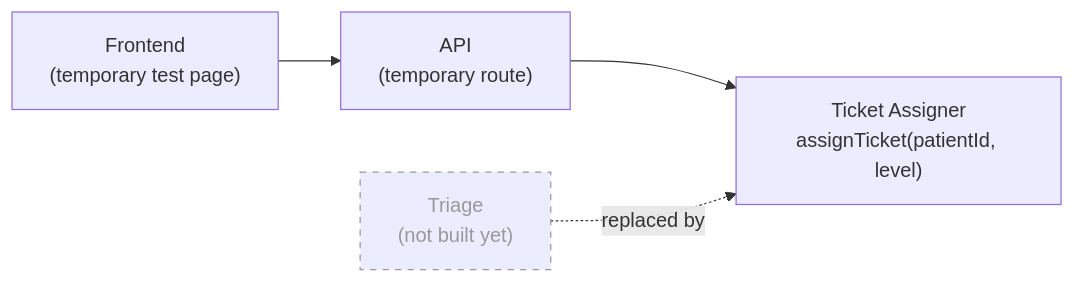
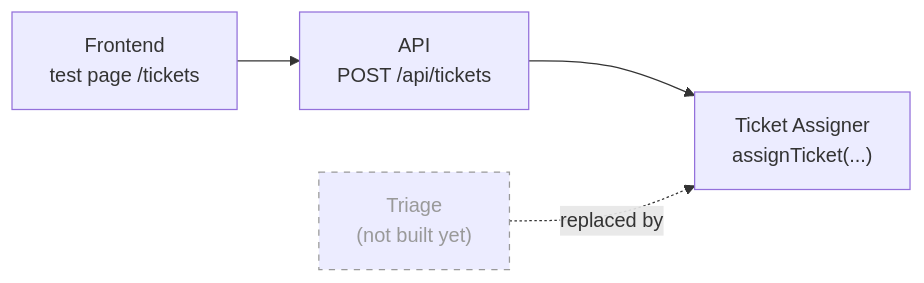
One commit to Dielix22/Dinez changed the first of 3 diagrams in docs/business/delivery/delivery-1/delivery-1.md. Above: the diagram before and after it, drawn with Mermaid. The commit also changed other lines of this file, not shown here.

````diff
--- a/docs/business/delivery/delivery-1/delivery-1.md
+++ b/docs/business/delivery/delivery-1/delivery-1.md
@@ -41,7 +44,7 @@
 ```mermaid
 flowchart LR
-    FE["Frontend<br/>(temporary test page)"] --> API["API<br/>(temporary route)"]
-    API --> TA["Ticket Assigner<br/>assignTicket(patientId, level)"]
+    FE["Frontend<br/>test page /tickets"] --> API["API<br/>POST /api/tickets"]
+    API --> TA["Ticket Assigner<br/>assignTicket(...)"]
     TR["Triage<br/>(not built yet)"] -. replaced by .-> TA
     style TR stroke-dasharray: 5 5,color:#999,stroke:#999
 ```
````
